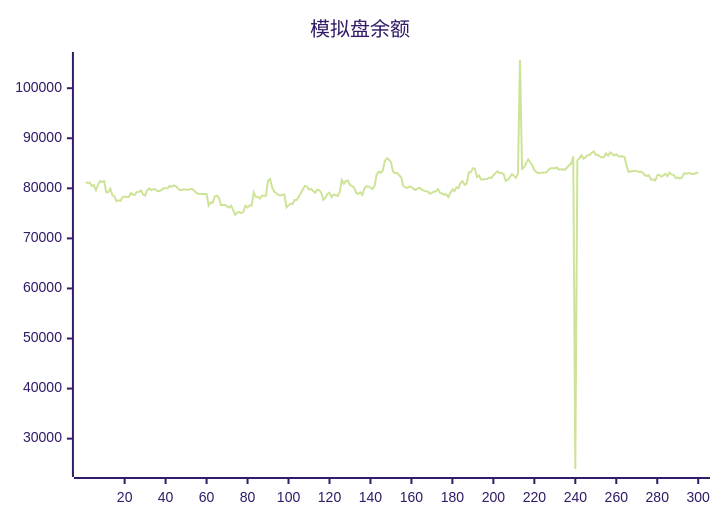
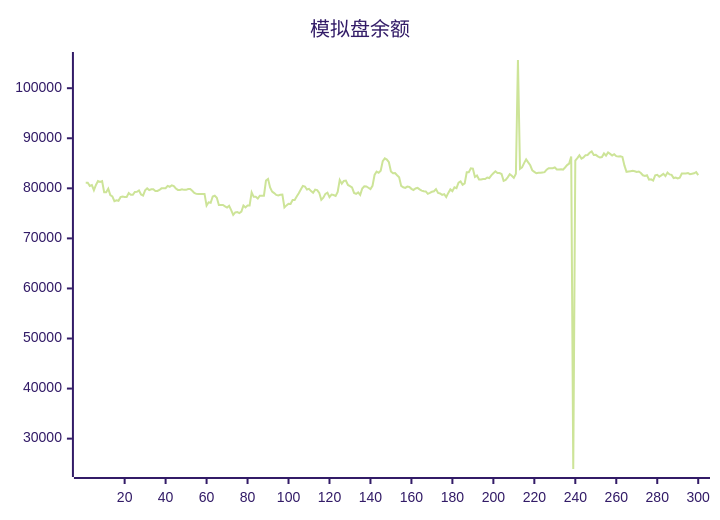
Before and after one commit to aahl/ai-trading: the diagram in README.md, drawn with Mermaid (forest theme). The commit also changed other lines of this file and 1 other file, not shown here.

````diff
--- a/README.md
+++ b/README.md
@@ -5,5 +5,5 @@
 ```mermaid
 xychart
     title "模拟盘余额"
-    line [81106,81119,81119,80471,80631,79624,80670,81448,81290,81429,79212,79222,79940,78643,78380,77432,77623,77504,78235,78358,78284,78277,79048,78714,78714,79290,79308,79567,78763,78563,79603,79988,79652,79813,79813,79476,79469,79673,79995,80015,80015,80486,80314,80600,80436,79966,79689,79689,79819,79692,79692,79850,79850,79518,79071,78889,78850,78850,78878,78878,76554,77202,77103,78357,78510,78106,76678,76677,76672,76411,76159,76485,75656,74695,75197,75246,75052,75334,76564,76179,76553,76551,79196,78300,78300,77944,78531,78531,78521,81564,81884,80160,79335,79055,78675,78580,78708,78764,76179,76586,76902,76876,77658,77669,78346,79023,79769,80497,80366,79761,79896,79448,79126,79749,79658,79097,77695,78114,78888,79126,78249,78738,78653,78478,79271,81680,80923,81488,81527,80681,80455,80190,79084,78879,79193,78686,79954,80403,80374,80118,79848,80491,82665,83351,83098,83525,85430,85983,85737,85221,83378,83014,83043,82613,82216,80477,80208,80081,80348,80277,79894,79670,79965,80093,79786,79542,79406,79371,78893,79087,79304,79406,79841,79072,78978,78696,78846,78272,79085,79787,79442,80198,80031,81120,81379,80718,80985,83214,83212,83993,83921,82270,82547,81776,81776,81866,81866,82158,82061,82596,83000,83408,83041,83050,82858,81503,81691,82188,82812,82517,82092,82901,105633,83898,84180,85030,85781,85178,84604,83569,83298,83008,83093,83107,83175,83228,83729,84025,84017,84019,84177,83775,83762,83785,83738,84160,84639,84939,86370,23934,85548,86046,86599,85942,86161,86622,86664,87115,87369,86666,86685,86384,86152,86243,86969,86548,87164,86885,86566,86809,86427,86348,86417,86273,84538,83299,83369,83430,83490,83404,83270,83362,83056,82605,82459,82614,81734,81788,81551,82598,82702,82320,82580,82878,82426,83139,82778,82686,82056,82166,81963,82110,82951,82983,82984,83038,82838,82915,82998,83235]
+    line [81119,81119,80471,80631,79624,80670,81448,81290,81429,79212,79222,79940,78643,78380,77432,77623,77504,78235,78358,78284,78277,79048,78714,78714,79290,79308,79567,78763,78563,79603,79988,79652,79813,79813,79476,79469,79673,79995,80015,80015,80486,80314,80600,80436,79966,79689,79689,79819,79692,79692,79850,79850,79518,79071,78889,78850,78850,78878,78878,76554,77202,77103,78357,78510,78106,76678,76677,76672,76411,76159,76485,75656,74695,75197,75246,75052,75334,76564,76179,76553,76551,79196,78300,78300,77944,78531,78531,78521,81564,81884,80160,79335,79055,78675,78580,78708,78764,76179,76586,76902,76876,77658,77669,78346,79023,79769,80497,80366,79761,79896,79448,79126,79749,79658,79097,77695,78114,78888,79126,78249,78738,78653,78478,79271,81680,80923,81488,81527,80681,80455,80190,79084,78879,79193,78686,79954,80403,80374,80118,79848,80491,82665,83351,83098,83525,85430,85983,85737,85221,83378,83014,83043,82613,82216,80477,80208,80081,80348,80277,79894,79670,79965,80093,79786,79542,79406,79371,78893,79087,79304,79406,79841,79072,78978,78696,78846,78272,79085,79787,79442,80198,80031,81120,81379,80718,80985,83214,83212,83993,83921,82270,82547,81776,81776,81866,81866,82158,82061,82596,83000,83408,83041,83050,82858,81503,81691,82188,82812,82517,82092,82901,105633,83898,84180,85030,85781,85178,84604,83569,83298,83008,83093,83107,83175,83228,83729,84025,84017,84019,84177,83775,83762,83785,83738,84160,84639,84939,86370,23934,85548,86046,86599,85942,86161,86622,86664,87115,87369,86666,86685,86384,86152,86243,86969,86548,87164,86885,86566,86809,86427,86348,86417,86273,84538,83299,83369,83430,83490,83404,83270,83362,83056,82605,82459,82614,81734,81788,81551,82598,82702,82320,82580,82878,82426,83139,82778,82686,82056,82166,81963,82110,82951,82983,82984,83038,82838,82915,82998,83235,82642]
 ```
````
